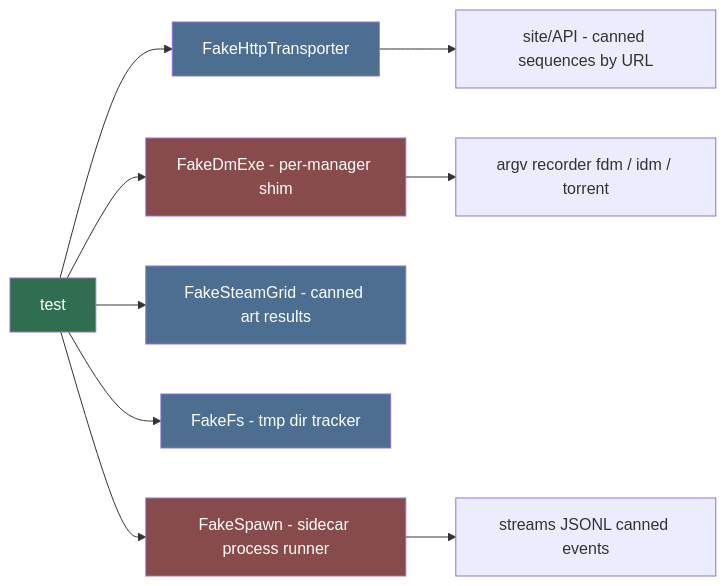
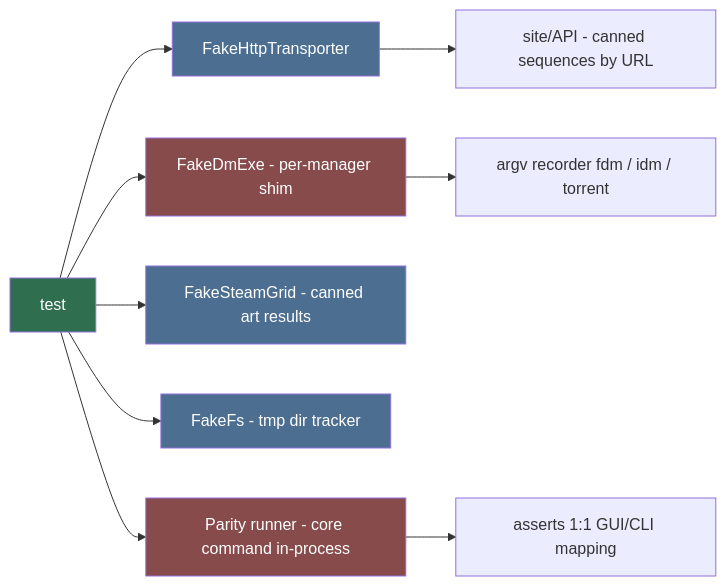
The diagram in .agents/agents/testing/mock-engineer/mock-engineer.md (HELIX-Origin/LewdZone-Launcher), drawn with Mermaid before and after one commit. The commit also changed other lines of this file and 217 other files, not shown here.

````diff
--- a/.agents/agents/testing/mock-engineer/mock-engineer.md
+++ b/.agents/agents/testing/mock-engineer/mock-engineer.md
@@ -19,18 +19,18 @@
 ```mermaid
 flowchart LR
     T[test] --> FAKE[FakeHttpTransporter]
     FAKE --> S["site/API - canned sequences by URL"]
     T --> FD[FakeDmExe - per-manager shim]
     FD --> F["argv recorder fdm / idm / torrent"]
     T --> FSG[FakeSteamGrid - canned art results]
     T --> FS[FakeFs - tmp dir tracker]
-    T --> FSP[FakeSpawn - sidecar process runner]
-    FSP --> R[streams JSONL canned events]
+    T --> P[Parity runner - core command in-process]
+    P --> R[asserts 1:1 GUI/CLI mapping]
 
     style T fill:#2f6f4f,color:#fff
     style FAKE fill:#4b6e91,color:#fff
     style FD fill:#874b4b,color:#fff
     style FSG fill:#4b6e91,color:#fff
     style FS fill:#4b6e91,color:#fff
-    style FSP fill:#874b4b,color:#fff
+    style P fill:#874b4b,color:#fff
 ```
````
